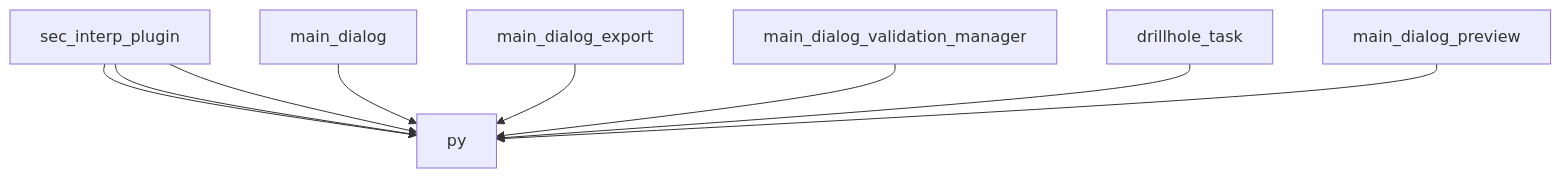
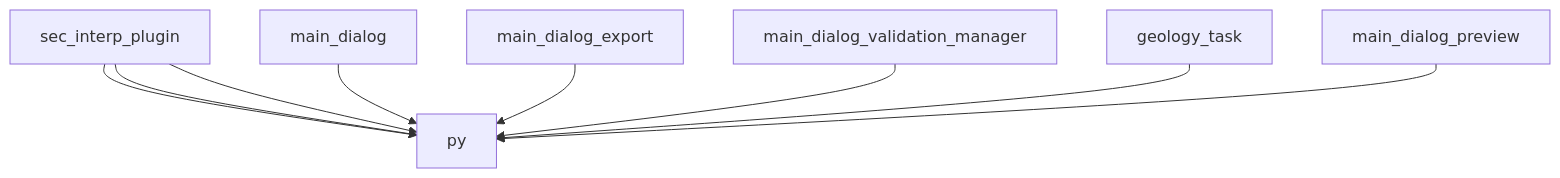
The diagram in AI_CONTEXT.md (geociencio/sec_interp), drawn with Mermaid before and after one commit. The commit also changed other lines of this file and 4 other files, not shown here.

````diff
--- a/AI_CONTEXT.md
+++ b/AI_CONTEXT.md
@@ -115,11 +115,11 @@
 ```mermaid
 graph TD
     sec_interp_plugin --> py
     sec_interp_plugin --> py
     sec_interp_plugin --> py
     main_dialog --> py
     main_dialog_export --> py
     main_dialog_validation_manager --> py
-    drillhole_task --> py
+    geology_task --> py
     main_dialog_preview --> py
 ```
````
